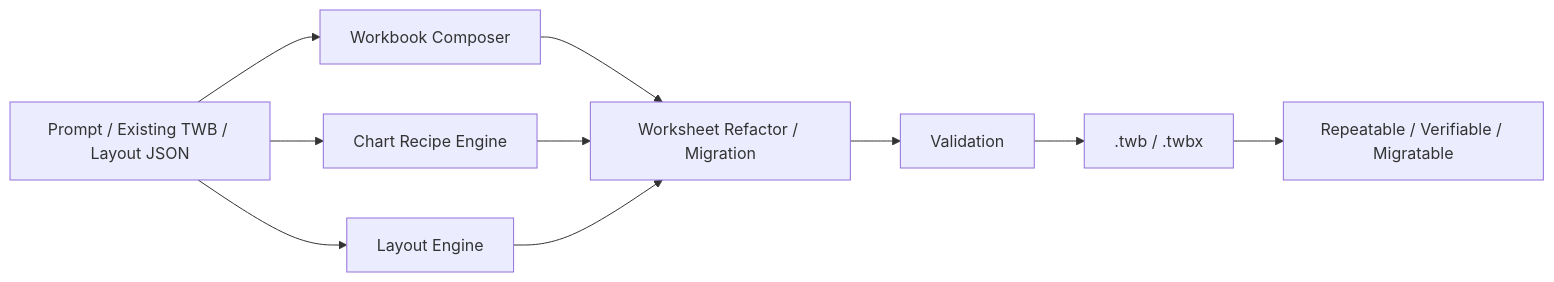
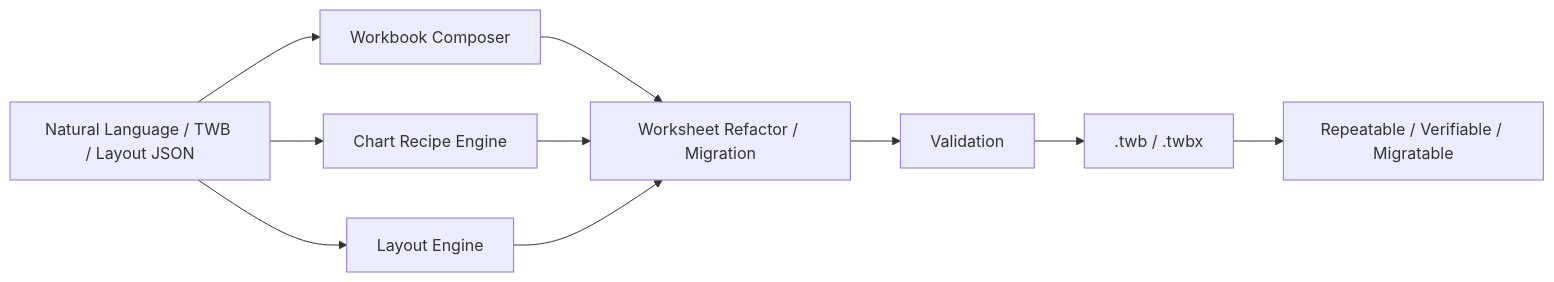
One commit to imgwho/datacooper-tug-share changed the second of 2 diagrams in slides-en.md. Above: the diagram before and after it, drawn with Mermaid. The commit also changed other lines of this file and 1 other file, not shown here.

````diff
--- a/slides-en.md
+++ b/slides-en.md
@@ -325,12 +327,12 @@
 ```mermaid
 flowchart LR
-  A["Prompt / Existing TWB / Layout JSON"] --> B["Workbook Composer"]
+  A["Natural Language / TWB / Layout JSON"] --> B["Workbook Composer"]
   A --> C["Chart Recipe Engine"]
   A --> D["Layout Engine"]
   B --> E["Worksheet Refactor / Migration"]
   C --> E
   D --> E
   E --> F["Validation"]
   F --> G[".twb / .twbx"]
   G --> H["Repeatable / Verifiable / Migratable"]
 ```
````
